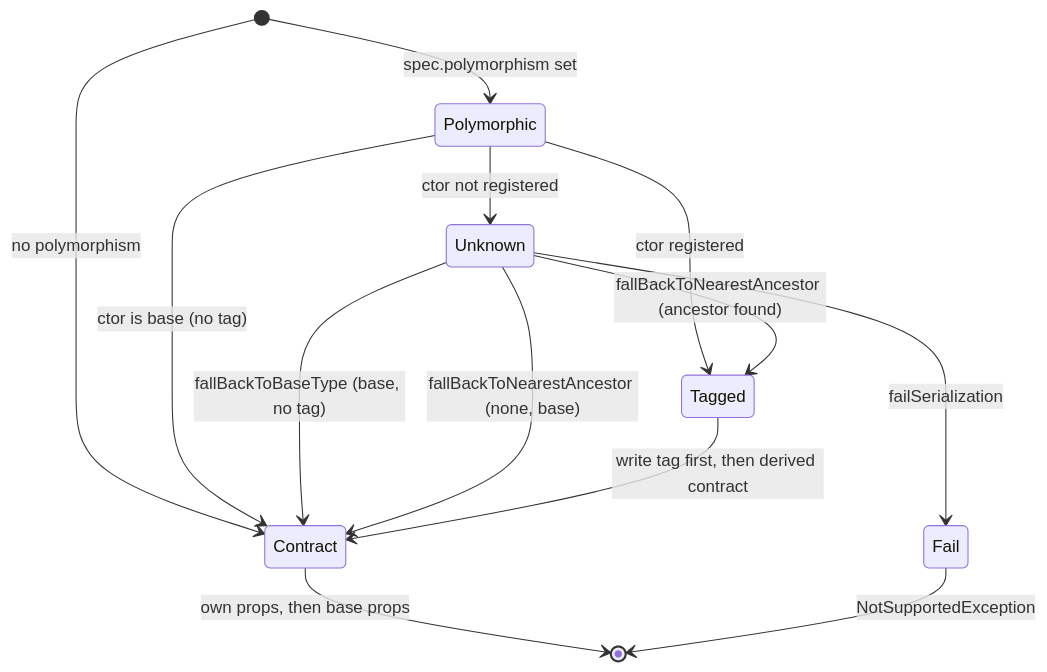
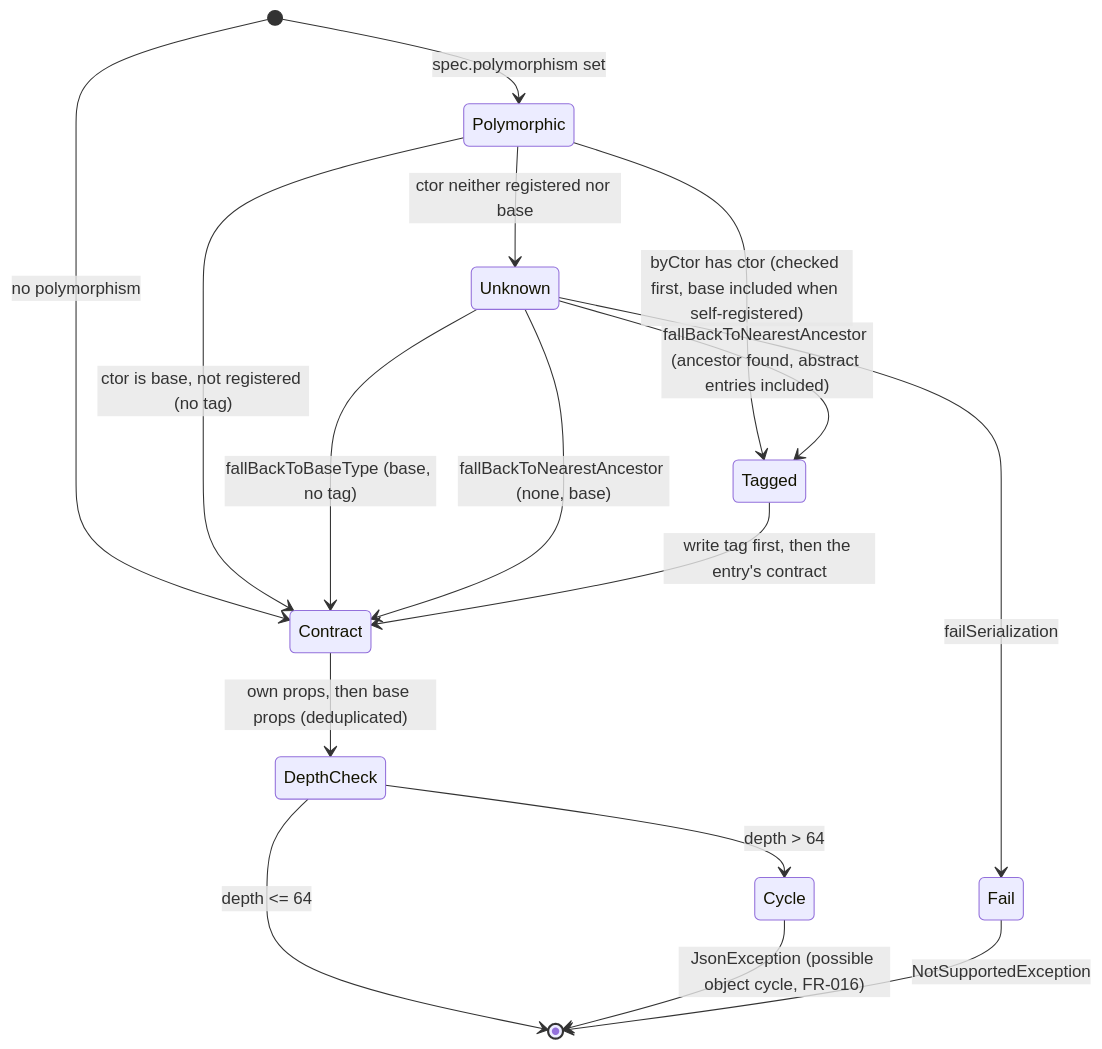
One commit to danfma/metano changed the second of 3 diagrams in specs/009-polymorphic-json/data-model.md. Above: the diagram before and after it, drawn with Mermaid. The commit also changed other lines of this file and 9 other files, not shown here.

First line of the commit message:
docs: close critic gaps in the polymorphic json specification (#268, #269, #270)

````diff
--- a/specs/009-polymorphic-json/data-model.md
+++ b/specs/009-polymorphic-json/data-model.md
@@ -141,15 +145,18 @@
 ```mermaid
 stateDiagram-v2
     [*] --> Polymorphic: spec.polymorphism set
     [*] --> Contract: no polymorphism
-    Polymorphic --> Contract: ctor is base (no tag)
-    Polymorphic --> Tagged: ctor registered
-    Polymorphic --> Unknown: ctor not registered
+    Polymorphic --> Tagged: byCtor has ctor (checked first, base included when self-registered)
+    Polymorphic --> Contract: ctor is base, not registered (no tag)
+    Polymorphic --> Unknown: ctor neither registered nor base
     Unknown --> Fail: failSerialization
     Unknown --> Contract: fallBackToBaseType (base, no tag)
-    Unknown --> Tagged: fallBackToNearestAncestor (ancestor found)
+    Unknown --> Tagged: fallBackToNearestAncestor (ancestor found, abstract entries included)
     Unknown --> Contract: fallBackToNearestAncestor (none, base)
-    Tagged --> Contract: write tag first, then derived contract
-    Contract --> [*]: own props, then base props
+    Tagged --> Contract: write tag first, then the entry's contract
+    Contract --> DepthCheck: own props, then base props (deduplicated)
+    DepthCheck --> [*]: depth <= 64
+    DepthCheck --> Cycle: depth > 64
+    Cycle --> [*]: JsonException (possible object cycle, FR-016)
     Fail --> [*]: NotSupportedException
 ```
````
